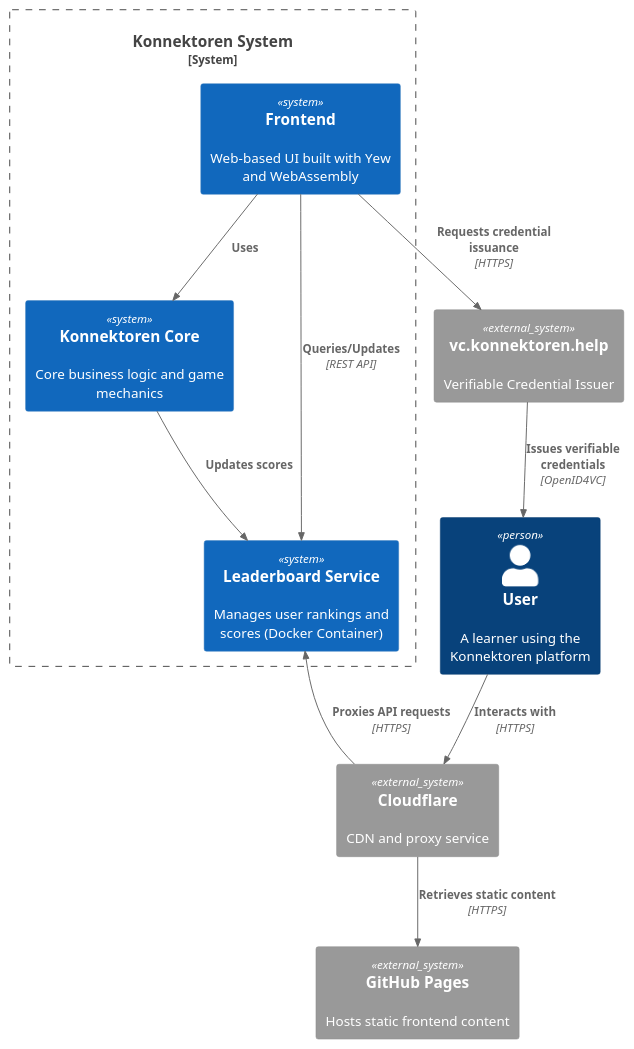
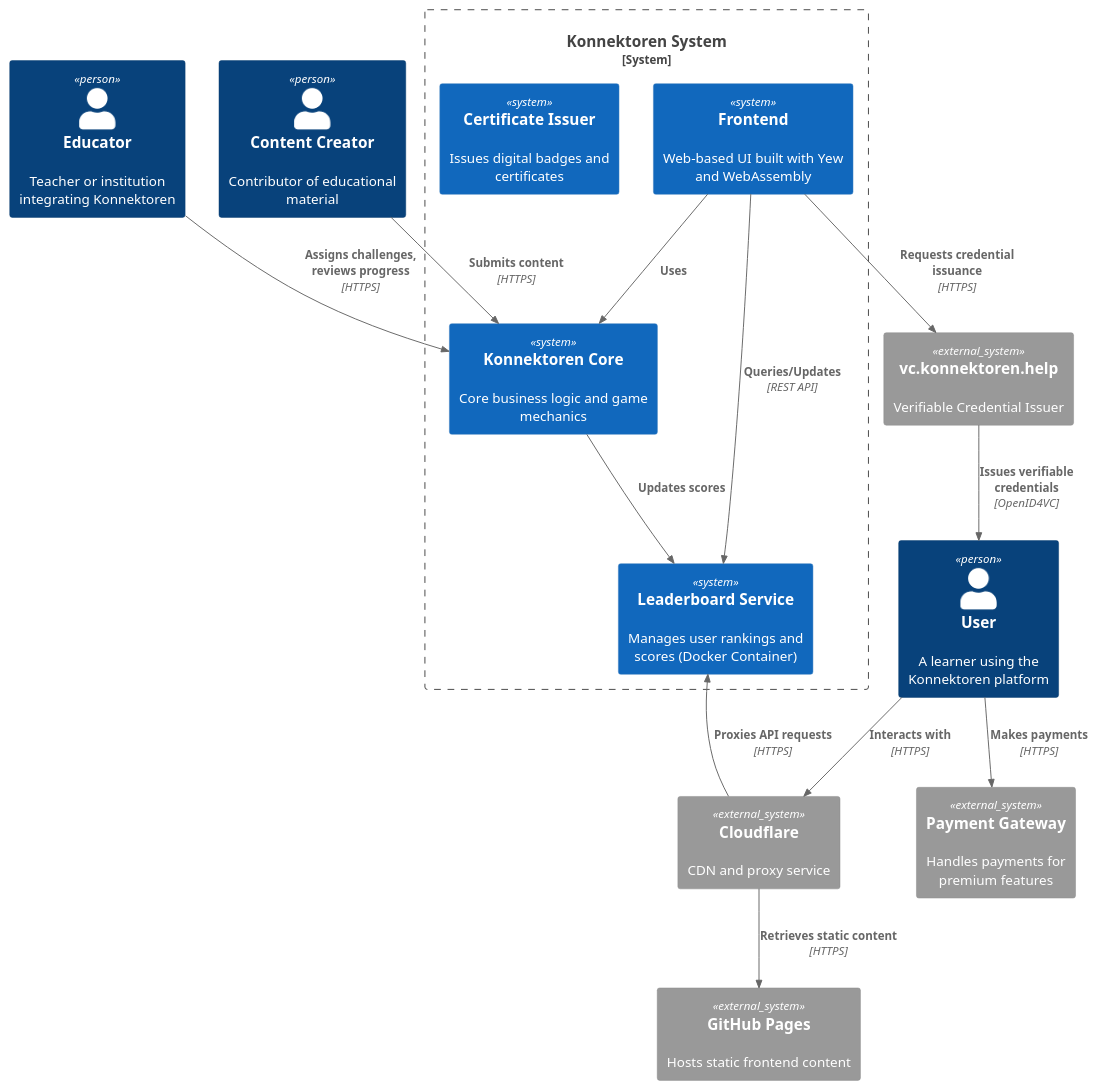
The diagram in docs/src/03_context_and_scope.adoc (konnektoren/konnektoren-rs), drawn with PlantUML before and after one commit. The commit also changed other lines of this file, not shown here.

```diff
--- a/docs/src/03_context_and_scope.adoc
+++ b/docs/src/03_context_and_scope.adoc
@@ -31,28 +31,35 @@
 [plantuml, system-overview-c4, png]
 ----
 @startuml
 !include https://raw.githubusercontent.com/plantuml-stdlib/C4-PlantUML/master/C4_Context.puml
 
 Person(user, "User", "A learner using the Konnektoren platform")
+Person(educator, "Educator", "Teacher or institution integrating Konnektoren")
+Person(content_creator, "Content Creator", "Contributor of educational material")
 
 System_Boundary(konnektoren, "Konnektoren System") {
     System(frontend, "Frontend", "Web-based UI built with Yew and WebAssembly")
     System(core, "Konnektoren Core", "Core business logic and game mechanics")
     System(leaderboard, "Leaderboard Service", "Manages user rankings and scores (Docker Container)")
+    System(certificates, "Certificate Issuer", "Issues digital badges and certificates")
 }
 
 System_Ext(github_pages, "GitHub Pages", "Hosts static frontend content")
 System_Ext(cloudflare, "Cloudflare", "CDN and proxy service")
 System_Ext(vc_issuer, "vc.konnektoren.help", "Verifiable Credential Issuer")
+System_Ext(payment_gateway, "Payment Gateway", "Handles payments for premium features")
 
 Rel(user, cloudflare, "Interacts with", "HTTPS")
 Rel(cloudflare, github_pages, "Retrieves static content", "HTTPS")
 Rel(cloudflare, leaderboard, "Proxies API requests", "HTTPS")
 Rel(frontend, core, "Uses")
 Rel(frontend, leaderboard, "Queries/Updates", "REST API")
 Rel(core, leaderboard, "Updates scores")
 Rel(frontend, vc_issuer, "Requests credential issuance", "HTTPS")
 Rel(vc_issuer, user, "Issues verifiable credentials", "OpenID4VC")
+Rel(user, payment_gateway, "Makes payments", "HTTPS")
+Rel(content_creator, core, "Submits content", "HTTPS")
+Rel(educator, core, "Assigns challenges, reviews progress", "HTTPS")
 
 @enduml
 ----
```
